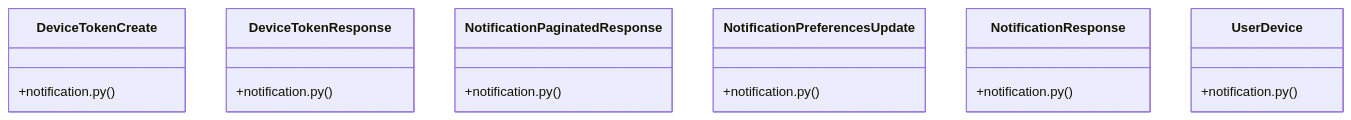
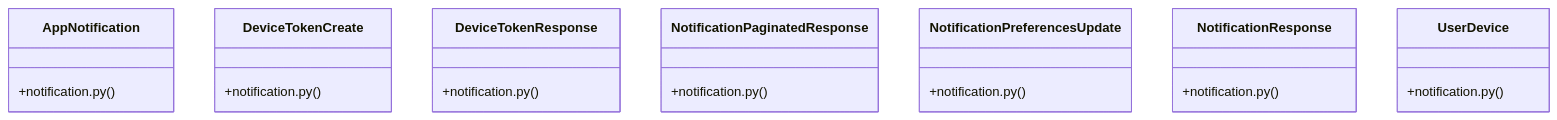
One commit to IHKodifier/veltrics changed the diagram in src/graphify-out/wiki/Community_14.md. Above: the diagram before and after it, drawn with Mermaid. The commit also changed other lines of this file and 429 other files, not shown here.

````diff
--- a/src/graphify-out/wiki/Community_14.md
+++ b/src/graphify-out/wiki/Community_14.md
@@ -36,21 +36,24 @@
 ```mermaid
 classDiagram
+    class AppNotification {
+        +notification.py()
+    }
     class DeviceTokenCreate {
         +notification.py()
     }
     class DeviceTokenResponse {
         +notification.py()
     }
     class NotificationPaginatedResponse {
         +notification.py()
     }
     class NotificationPreferencesUpdate {
         +notification.py()
     }
     class NotificationResponse {
         +notification.py()
     }
     class UserDevice {
         +notification.py()
     }
 ```
````
